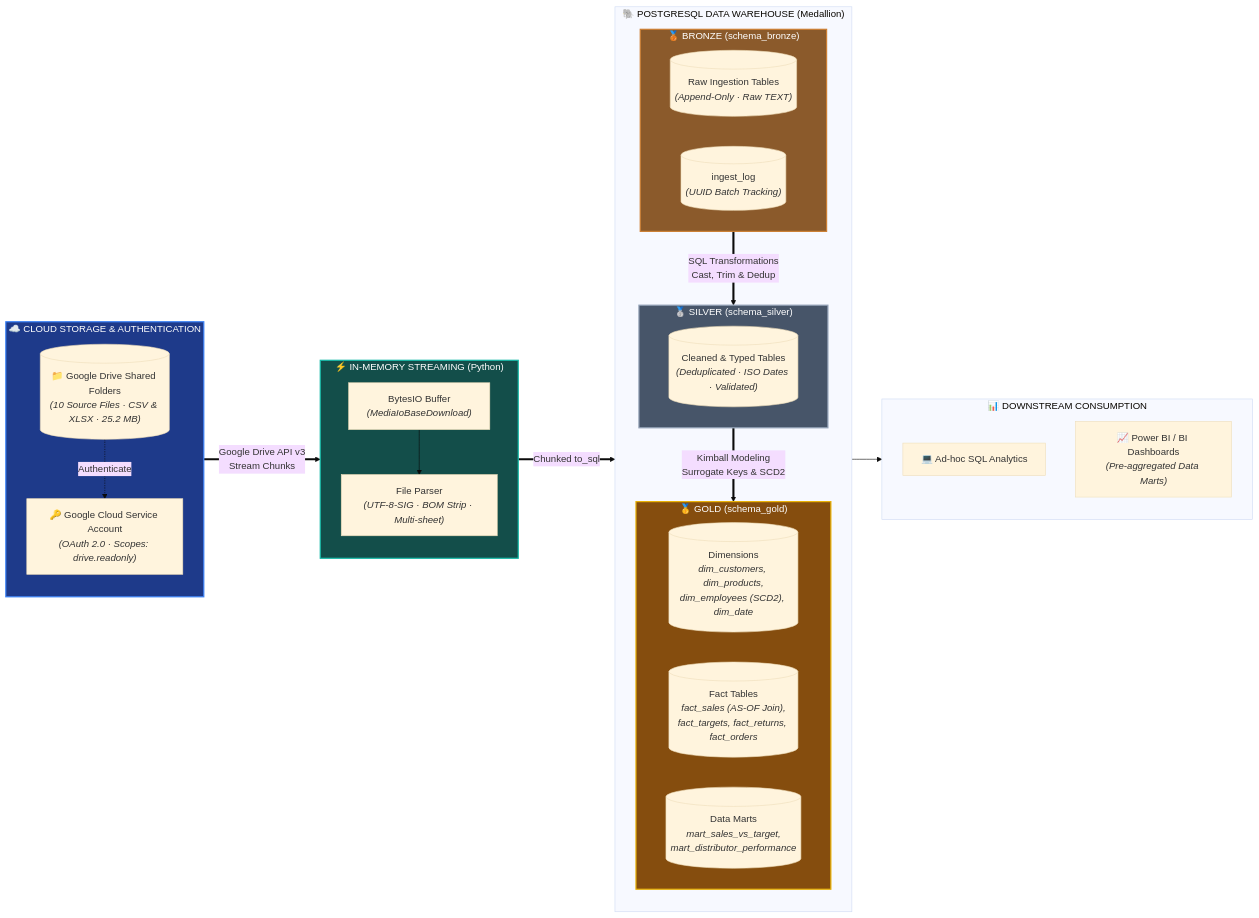
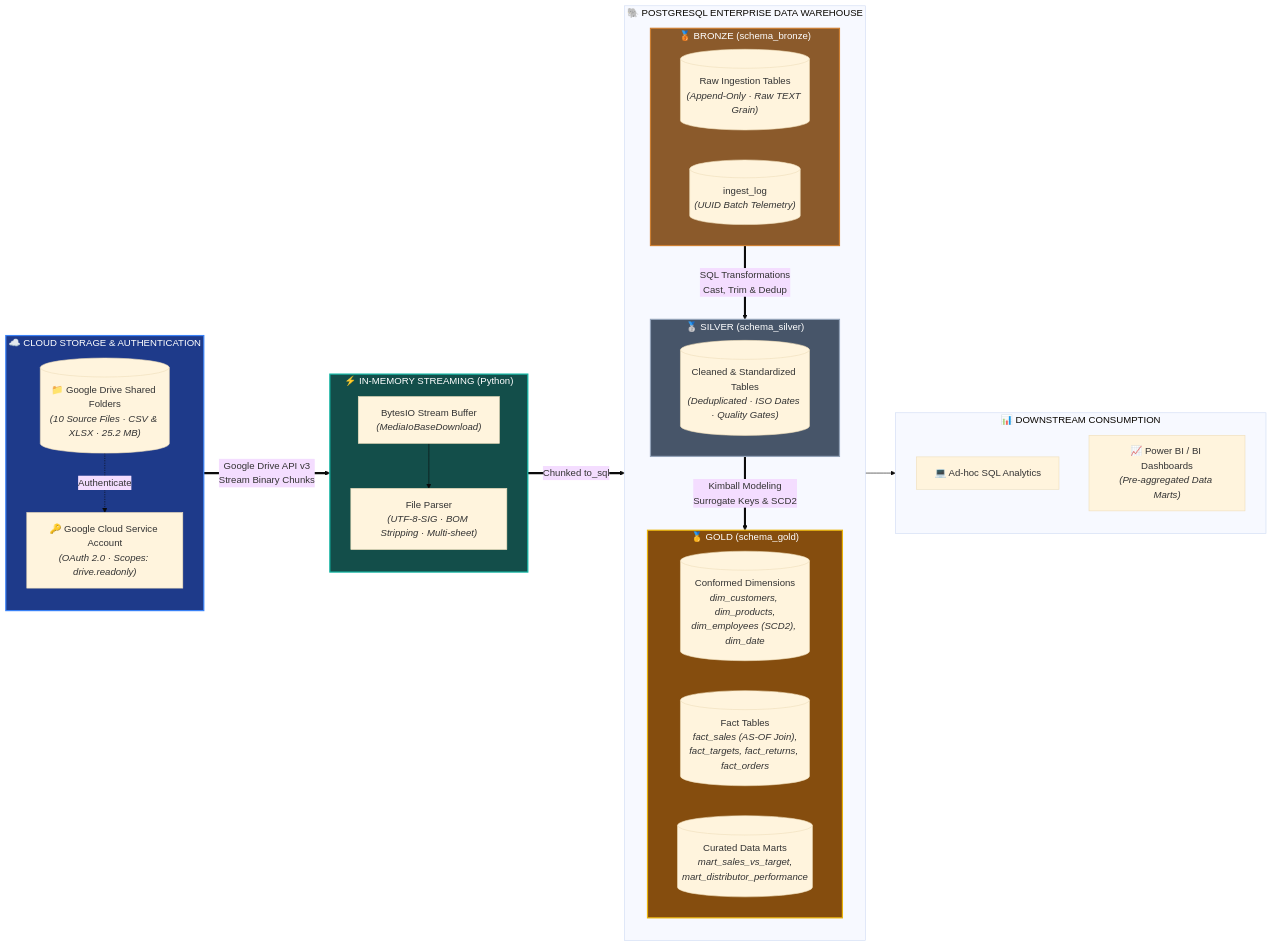
Before and after one commit to thunx280-ctrl/medallion-datapipeline: the second of 5 diagrams in README.md, drawn with Mermaid (base theme). The commit also changed other lines of this file, not shown here.

````diff
--- a/README.md
+++ b/README.md
@@ -74,52 +74,52 @@
 ```mermaid
 flowchart LR
     subgraph Cloud ["☁️ CLOUD STORAGE & AUTHENTICATION"]
         direction TB
         GD[("📁 Google Drive Shared Folders<br/><i>(10 Source Files · CSV & XLSX · 25.2 MB)</i>")]
         SA["🔑 Google Cloud Service Account<br/><i>(OAuth 2.0 · Scopes: drive.readonly)</i>"]
         GD -.->|Authenticate| SA
     end
 
     subgraph Memory ["⚡ IN-MEMORY STREAMING (Python)"]
         direction TB
-        BIO["BytesIO Buffer<br/><i>(MediaIoBaseDownload)</i>"]
-        FP["File Parser<br/><i>(UTF-8-SIG · BOM Strip · Multi-sheet)</i>"]
+        BIO["BytesIO Stream Buffer<br/><i>(MediaIoBaseDownload)</i>"]
+        FP["File Parser<br/><i>(UTF-8-SIG · BOM Stripping · Multi-sheet)</i>"]
         BIO --> FP
     end
 
-    subgraph DW ["🐘 POSTGRESQL DATA WAREHOUSE (Medallion)"]
+    subgraph DW ["🐘 POSTGRESQL ENTERPRISE DATA WAREHOUSE"]
         direction TB
         
         subgraph Bronze ["🥉 BRONZE (schema_bronze)"]
-            B1[("Raw Ingestion Tables<br/><i>(Append-Only · Raw TEXT)</i>")]
-            B2[("ingest_log<br/><i>(UUID Batch Tracking)</i>")]
+            B1[("Raw Ingestion Tables<br/><i>(Append-Only · Raw TEXT Grain)</i>")]
+            B2[("ingest_log<br/><i>(UUID Batch Telemetry)</i>")]
         end
 
         subgraph Silver ["🥈 SILVER (schema_silver)"]
-            SV1[("Cleaned & Typed Tables<br/><i>(Deduplicated · ISO Dates · Validated)</i>")]
+            SV1[("Cleaned & Standardized Tables<br/><i>(Deduplicated · ISO Dates · Quality Gates)</i>")]
         end
 
         subgraph Gold ["🥇 GOLD (schema_gold)"]
-            G_DIM[("Dimensions<br/><i>dim_customers, dim_products,<br/>dim_employees (SCD2), dim_date</i>")]
+            G_DIM[("Conformed Dimensions<br/><i>dim_customers, dim_products,<br/>dim_employees (SCD2), dim_date</i>")]
             G_FACT[("Fact Tables<br/><i>fact_sales (AS-OF Join),<br/>fact_targets, fact_returns, fact_orders</i>")]
-            G_MART[("Data Marts<br/><i>mart_sales_vs_target,<br/>mart_distributor_performance</i>")]
+            G_MART[("Curated Data Marts<br/><i>mart_sales_vs_target,<br/>mart_distributor_performance</i>")]
         end
     end
 
     subgraph Downstream ["📊 DOWNSTREAM CONSUMPTION"]
         BI1["💻 Ad-hoc SQL Analytics"]
         BI2["📈 Power BI / BI Dashboards<br/><i>(Pre-aggregated Data Marts)</i>"]
     end
 
-    Cloud ==>|Google Drive API v3<br/>Stream Chunks| Memory
+    Cloud ==>|Google Drive API v3<br/>Stream Binary Chunks| Memory
     Memory ==>|Chunked to_sql| Bronze
     Bronze ==>|SQL Transformations<br/>Cast, Trim & Dedup| Silver
     Silver ==>|Kimball Modeling<br/>Surrogate Keys & SCD2| Gold
     Gold --> Downstream
 
     style Cloud fill:#1e3a8a,stroke:#3b82f6,color:#ffffff,stroke-width:2px
     style Memory fill:#134e4a,stroke:#14b8a6,color:#ffffff,stroke-width:2px
     style Bronze fill:#8B5A2B,stroke:#CD7F32,color:#ffffff,stroke-width:2px
     style Silver fill:#475569,stroke:#94a3b8,color:#ffffff,stroke-width:2px
     style Gold fill:#854d0e,stroke:#eab308,color:#ffffff,stroke-width:2px
 ```
````
